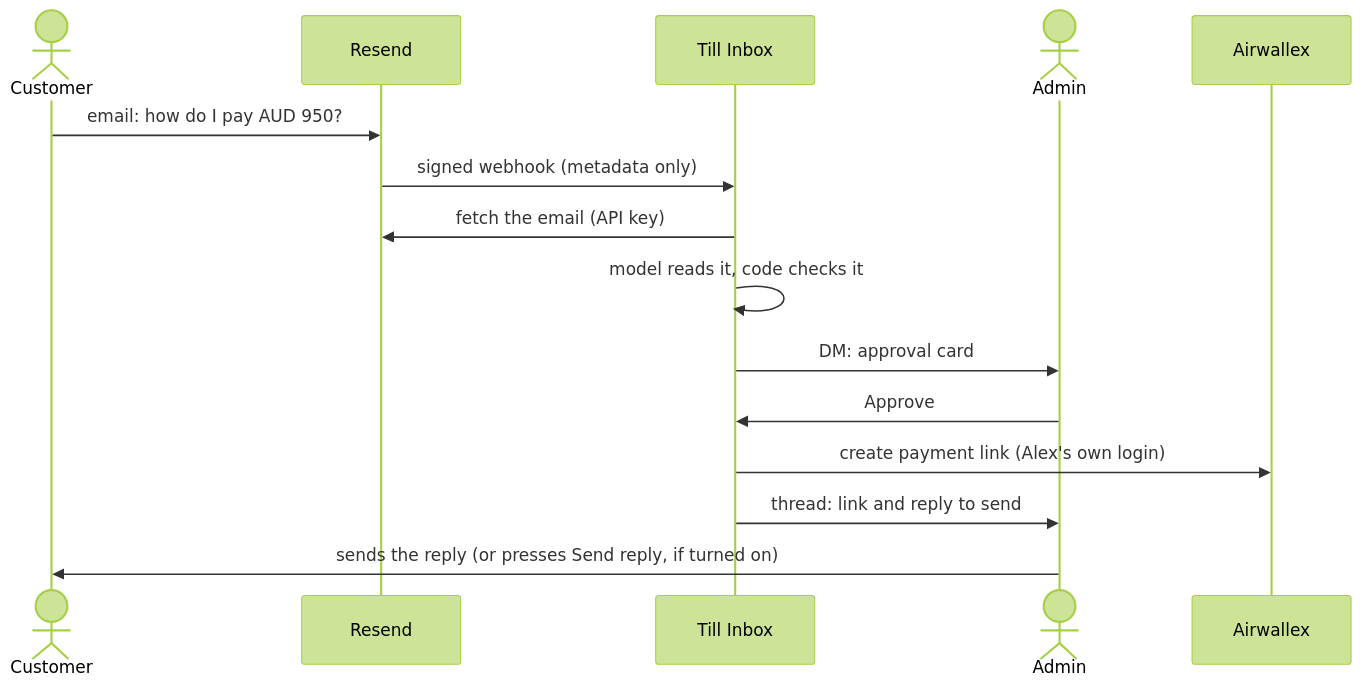
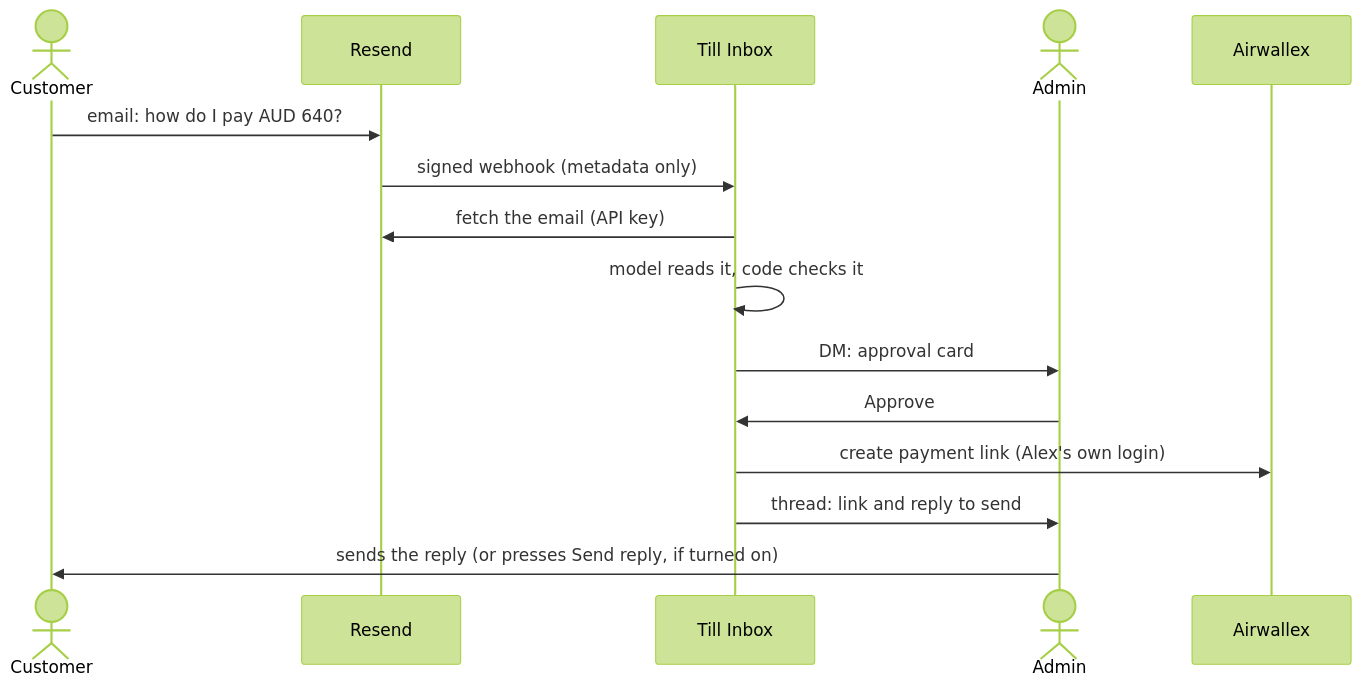
Before and after one commit to Cyvid7-Darus10/till-inbox: the diagram in README.md, drawn with Mermaid (forest theme). The commit also changed other lines of this file and 3 other files, not shown here.

````diff
--- a/README.md
+++ b/README.md
@@ -99,17 +104,17 @@
 ```mermaid
 sequenceDiagram
-    actor Mia as Customer
+    actor Noah as Customer
     participant Mail as Resend
     participant App as Till Inbox
     actor Alex as Admin
     participant AWX as Airwallex
-    Mia->>Mail: email: how do I pay AUD 950?
+    Noah->>Mail: email: how do I pay AUD 640?
     Mail->>App: signed webhook (metadata only)
     App->>Mail: fetch the email (API key)
     App->>App: model reads it, code checks it
     App->>Alex: DM: approval card
     Alex->>App: Approve
     App->>AWX: create payment link (Alex's own login)
     App->>Alex: thread: link and reply to send
-    Alex->>Mia: sends the reply (or presses Send reply, if turned on)
+    Alex->>Noah: sends the reply (or presses Send reply, if turned on)
 ```
````
